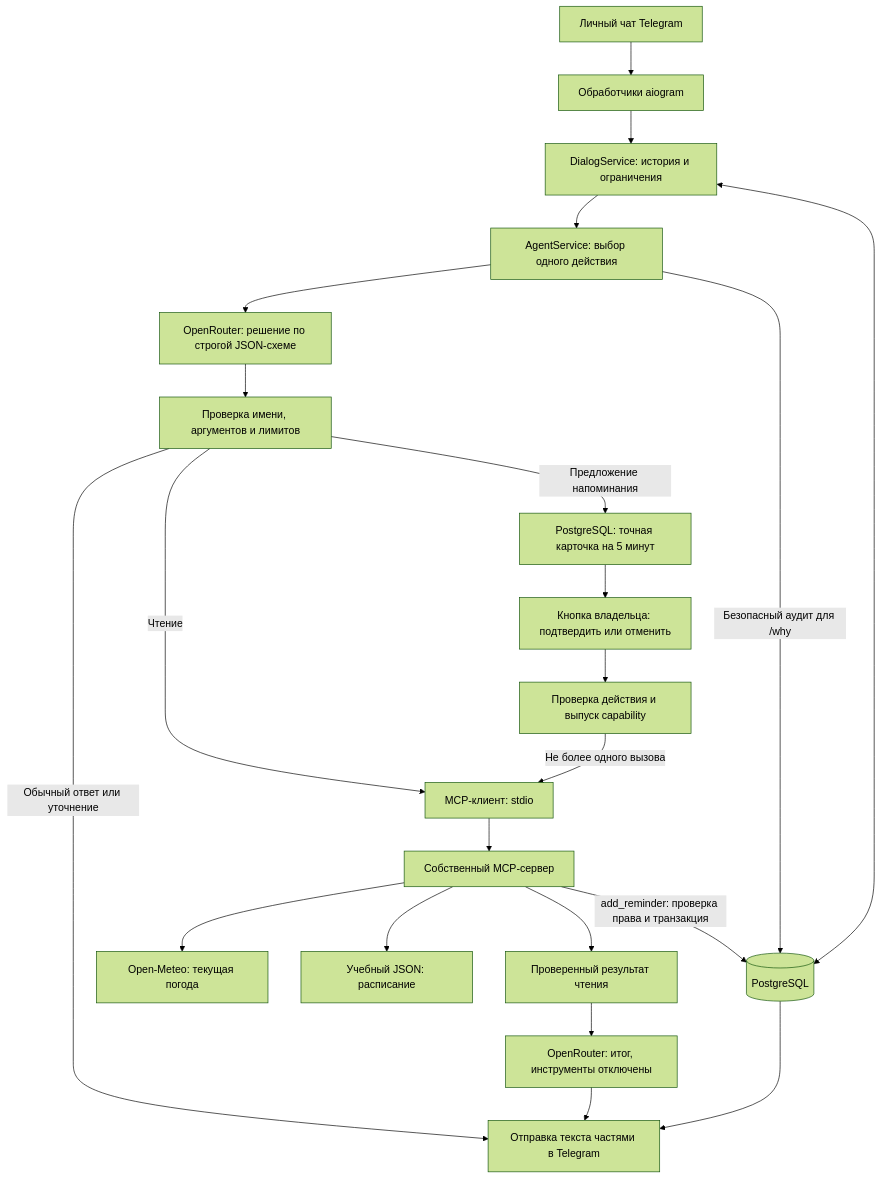
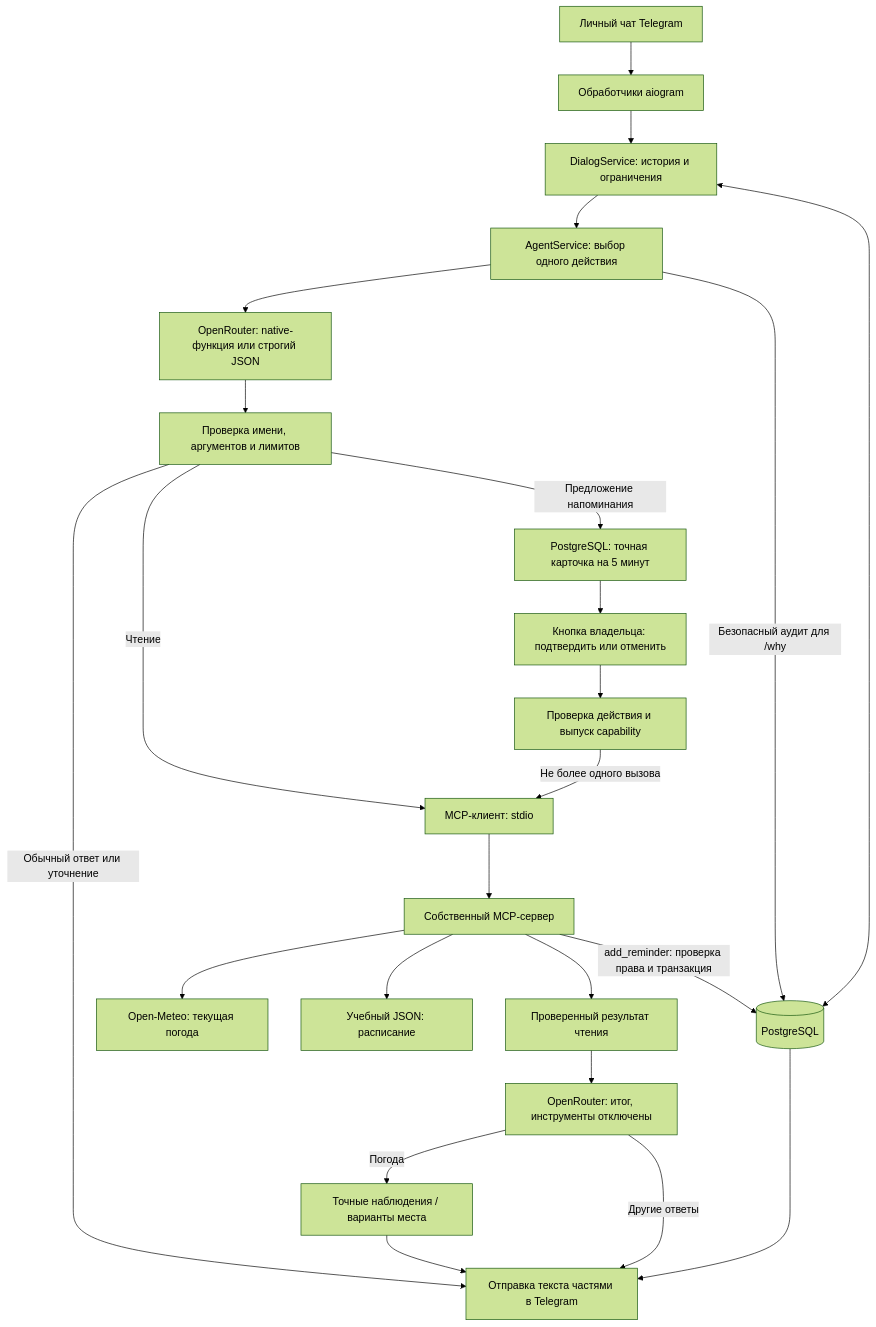
One commit to Arsushaaa/m3215-simanov changed the diagram in docs/lab2-report.md. Above: the diagram before and after it, drawn with Mermaid (forest theme). The commit also changed other lines of this file and 13 other files, not shown here.

````diff
--- a/docs/lab2-report.md
+++ b/docs/lab2-report.md
@@ -35,24 +44,26 @@
 ```mermaid
 flowchart TD
     T[Личный чат Telegram] --> H[Обработчики aiogram]
     H --> D[DialogService: история и ограничения]
     D --> A[AgentService: выбор одного действия]
-    A --> L[OpenRouter: решение по строгой JSON-схеме]
+    A --> L[OpenRouter: native-функция или строгий JSON]
     L --> V[Проверка имени, аргументов и лимитов]
     V -->|Обычный ответ или уточнение| O[Отправка текста частями в Telegram]
     V -->|Чтение| C[MCP-клиент: stdio]
     C --> S[Собственный MCP-сервер]
     S --> W[Open-Meteo: текущая погода]
     S --> F[Учебный JSON: расписание]
     S --> R[Проверенный результат чтения]
     R --> L2[OpenRouter: итог, инструменты отключены]
-    L2 --> O
+    L2 -->|Погода| V2[Точные наблюдения / варианты места]
+    V2 --> O
+    L2 -->|Другие ответы| O
     V -->|Предложение напоминания| P[PostgreSQL: точная карточка на 5 минут]
     P --> B[Кнопка владельца: подтвердить или отменить]
     B --> Q[Проверка действия и выпуск capability]
     Q -->|Не более одного вызова| C
     S -->|add_reminder: проверка права и транзакция| DB[(PostgreSQL)]
     DB --> O
     D <--> DB
     A -->|Безопасный аудит для /why| DB
 ```
````
